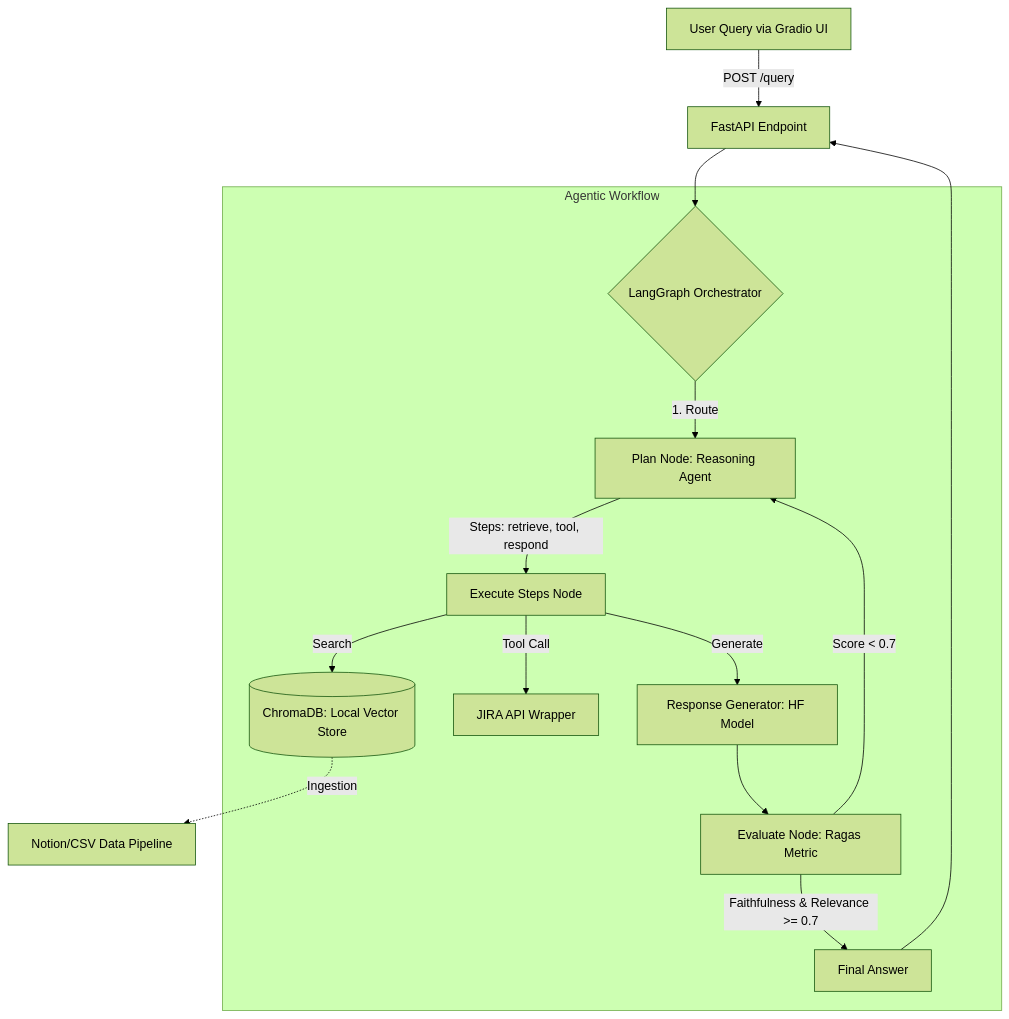
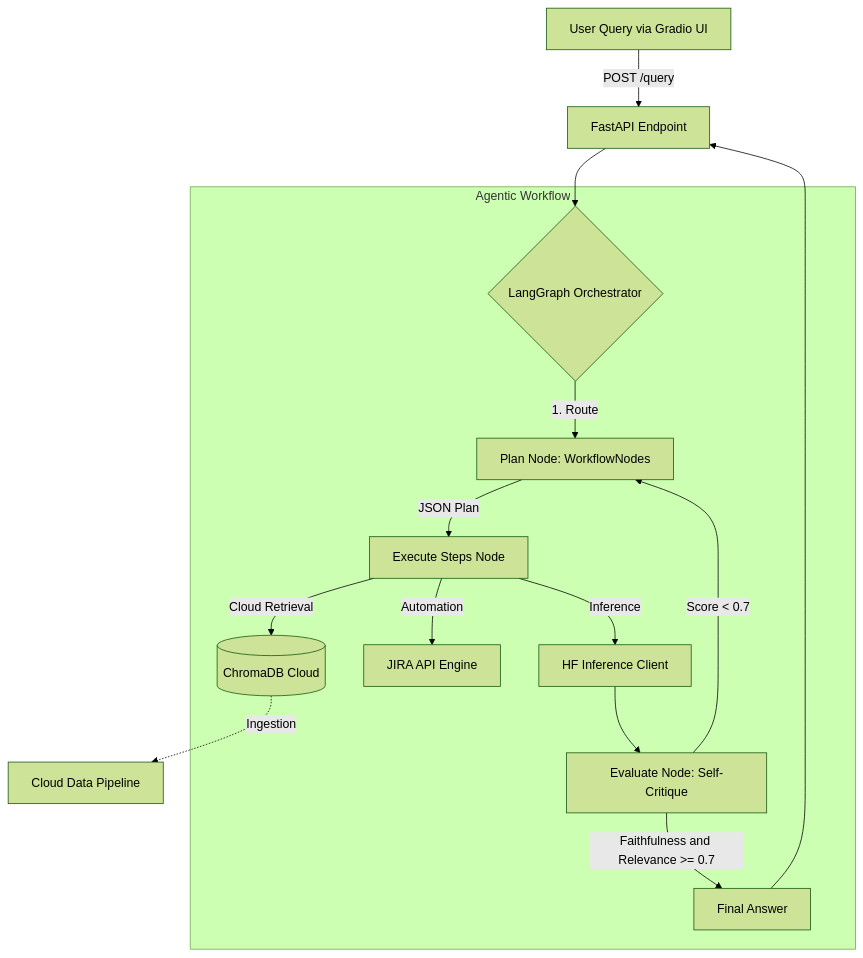
Before and after one commit to iam4tart/agentic-crm-support: the diagram in README.md, drawn with Mermaid (forest theme). The commit also changed other lines of this file and 28 other files, not shown here.

Commit message:
architecture-optimization

````diff
--- a/README.md
+++ b/README.md
@@ -3,20 +11,20 @@
 ```mermaid
 graph TD
     A[User Query via Gradio UI] -->|POST /query| B[FastAPI Endpoint]
     B --> C{LangGraph Orchestrator}
     
     subgraph Agentic Workflow
-        C -->|1. Route| D[Plan Node: Reasoning Agent]
-        D -->|Steps: retrieve, tool, respond| E[Execute Steps Node]
-        E -->|Search| F[(ChromaDB: Local Vector Store)]
-        E -->|Tool Call| G[JIRA API Wrapper]
-        E -->|Generate| H[Response Generator: HF Model]
+        C -->|1. Route| D[Plan Node: WorkflowNodes]
+        D -->|JSON Plan| E[Execute Steps Node]
+        E -->|Cloud Retrieval| F[(ChromaDB Cloud)]
+        E -->|Automation| G[JIRA API Engine]
+        E -->|Inference| H[HF Inference Client]
         
-        H --> I[Evaluate Node: Ragas Metric]
-        I -->|Faithfulness & Relevance >= 0.7| J[Final Answer]
+        H --> I[Evaluate Node: Self-Critique]
+        I -->|Faithfulness and Relevance >= 0.7| J[Final Answer]
         I -->|Score < 0.7| D
     end
     
     J --> B
-    F -.->|Ingestion| K[Notion/CSV Data Pipeline]
+    F -.->|Ingestion| K[Cloud Data Pipeline]
 ```
````
